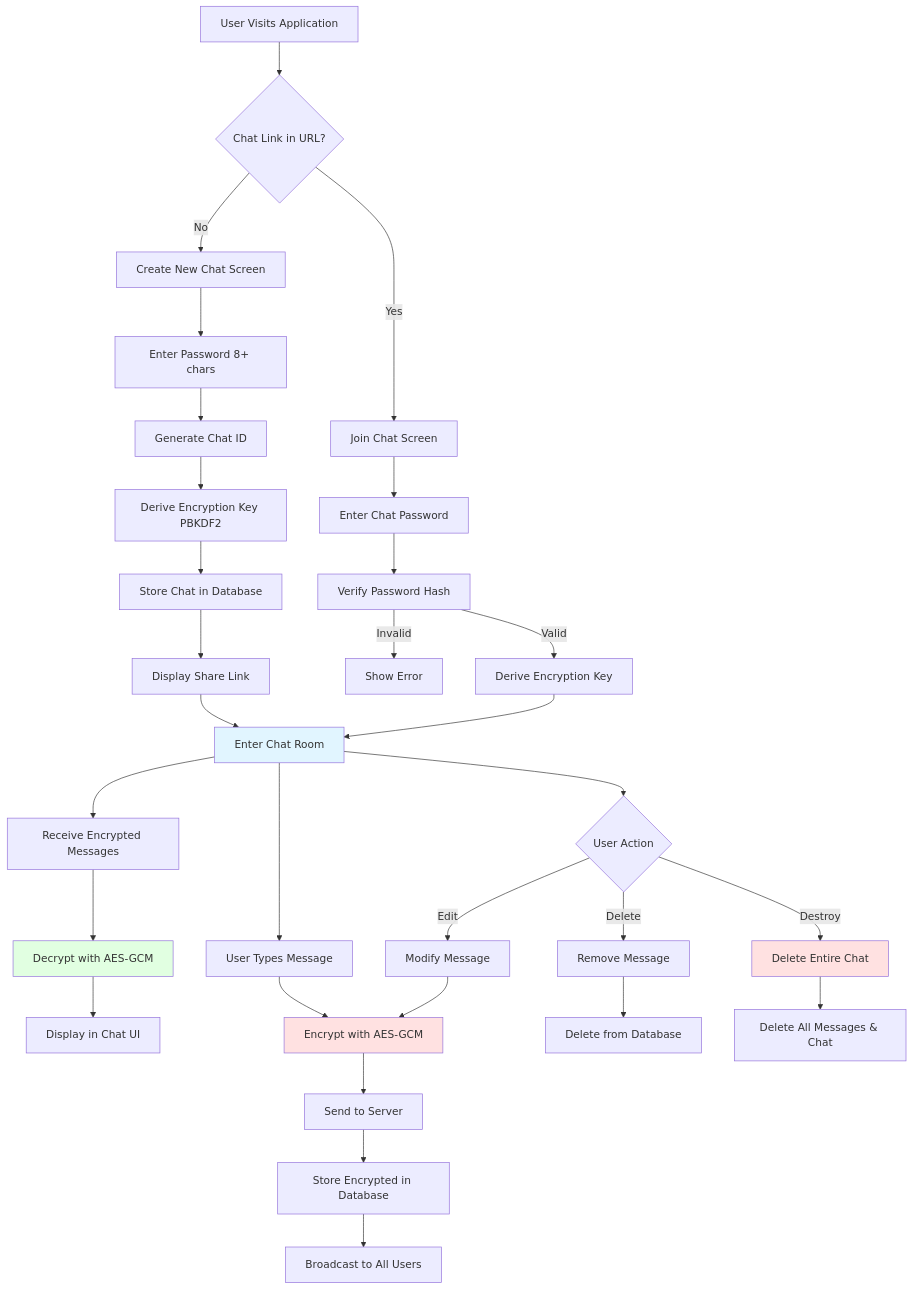
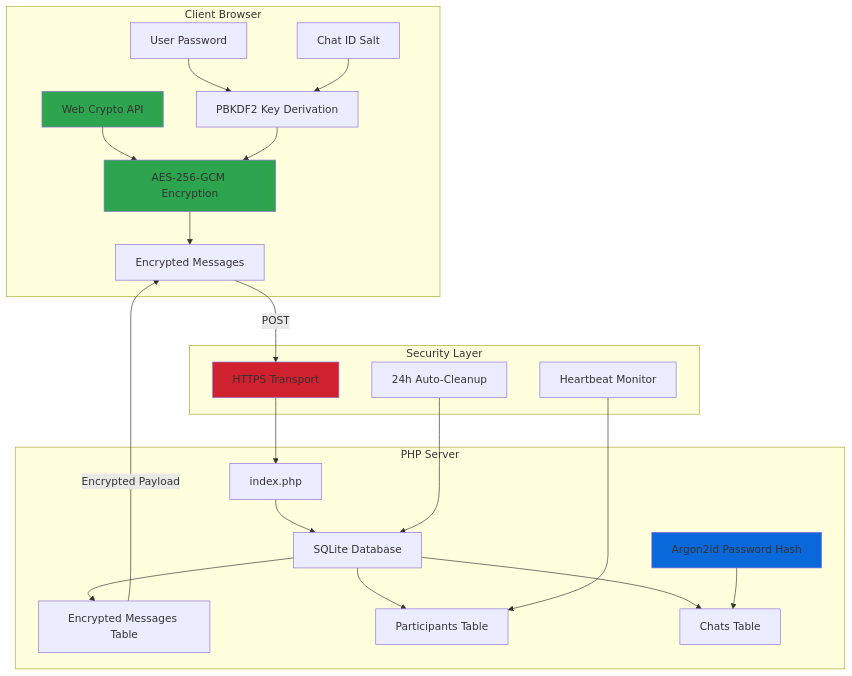
One commit to xsukax/xsukax-E2E-Encrypted-PHP-Chat changed the fourth of 4 diagrams in README.md. Above: the diagram before and after it, drawn with Mermaid. The commit also changed other lines of this file, not shown here.

````diff
--- a/README.md
+++ b/README.md
@@ -214,43 +292,32 @@
 ```mermaid
-graph TD
-    A[User Visits Application] --> B{Chat Link in URL?}
-    B -->|No| C[Create New Chat Screen]
-    B -->|Yes| D[Join Chat Screen]
+graph TB
+    subgraph Client["Client Browser"]
+        A[Web Crypto API] --> B[AES-256-GCM Encryption]
+        B --> C[Encrypted Messages]
+        D[PBKDF2 Key Derivation] --> B
+        E[User Password] --> D
+        F[Chat ID Salt] --> D
+    end
     
-    C --> E[Enter Password 8+ chars]
-    E --> F[Generate Chat ID]
-    F --> G[Derive Encryption Key PBKDF2]
-    G --> H[Store Chat in Database]
-    H --> I[Display Share Link]
-    I --> J[Enter Chat Room]
+    subgraph Server["PHP Server"]
+        G[index.php] --> H[SQLite Database]
+        H --> I[Encrypted Messages Table]
+        H --> J[Participants Table]
+        H --> K[Chats Table]
+        L[Argon2id Password Hash] --> K
+    end
     
-    D --> K[Enter Chat Password]
-    K --> L[Verify Password Hash]
-    L -->|Invalid| M[Show Error]
-    L -->|Valid| N[Derive Encryption Key]
-    N --> J
+    subgraph Security["Security Layer"]
+        M[HTTPS Transport] --> G
+        N[Heartbeat Monitor] --> J
+        O[24h Auto-Cleanup] --> H
+    end
     
-    J --> O[Receive Encrypted Messages]
-    O --> P[Decrypt with AES-GCM]
-    P --> Q[Display in Chat UI]
+    C -->|POST| M
+    I -->|Encrypted Payload| C
     
-    J --> R[User Types Message]
-    R --> S[Encrypt with AES-GCM]
-    S --> T[Send to Server]
-    T --> U[Store Encrypted in Database]
-    U --> V[Broadcast to All Users]
-    
-    J --> W{User Action}
-    W -->|Edit| X[Modify Message]
-    W -->|Delete| Y[Remove Message]
-    W -->|Destroy| Z[Delete Entire Chat]
-    
-    X --> S
-    Y --> AA[Delete from Database]
-    Z --> AB[Delete All Messages & Chat]
-    
-    style J fill:#e1f5ff
-    style S fill:#ffe1e1
-    style P fill:#e1ffe1
-    style Z fill:#ffe1e1
+    style A fill:#2da44e
+    style B fill:#2da44e
+    style L fill:#0969da
+    style M fill:#cf222e
 ```
````
